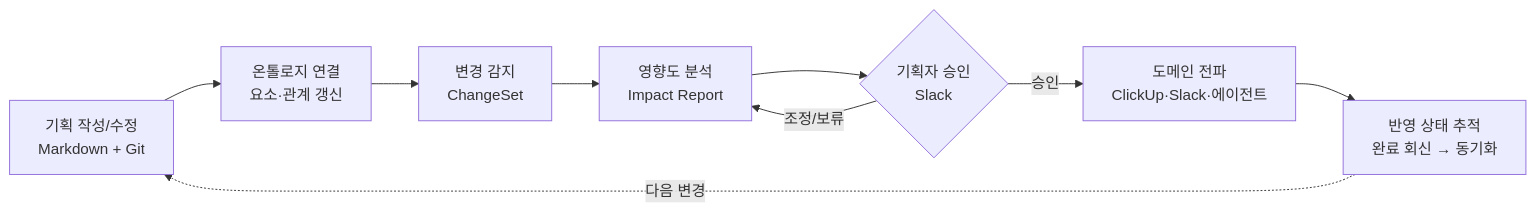
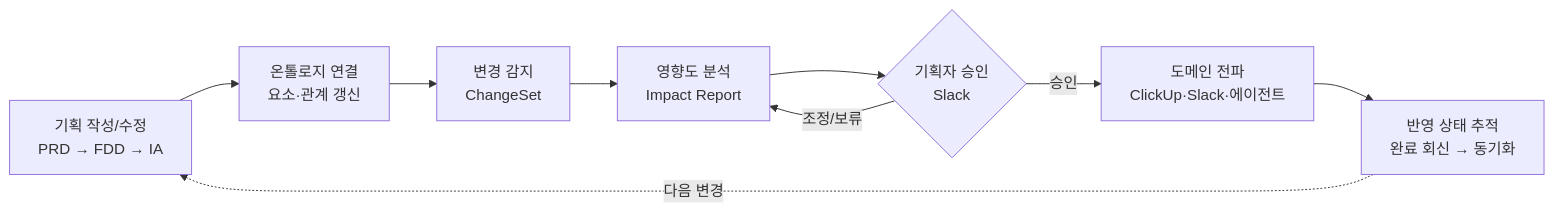
One commit to Kinmann/ProductDesign changed the first of 8 diagrams in PRD_ai-native-pipeline.md. Above: the diagram before and after it, drawn with Mermaid. The commit also changed other lines of this file, not shown here.

First line of the commit message:
Split planning artifacts into PRD, FDD, and IA stages (v0.2)

````diff
--- a/PRD_ai-native-pipeline.md
+++ b/PRD_ai-native-pipeline.md
@@ -43,11 +50,11 @@
 ```mermaid
 flowchart LR
-    A["기획 작성/수정<br/>Markdown + Git"] --> B["온톨로지 연결<br/>요소·관계 갱신"]
+    A["기획 작성/수정<br/>PRD → FDD → IA"] --> B["온톨로지 연결<br/>요소·관계 갱신"]
     B --> C["변경 감지<br/>ChangeSet"]
     C --> D["영향도 분석<br/>Impact Report"]
     D --> E{"기획자 승인<br/>Slack"}
     E -->|승인| F["도메인 전파<br/>ClickUp·Slack·에이전트"]
     E -->|조정/보류| D
     F --> G["반영 상태 추적<br/>완료 회신 → 동기화"]
     G -.->|다음 변경| A
 ```
````
